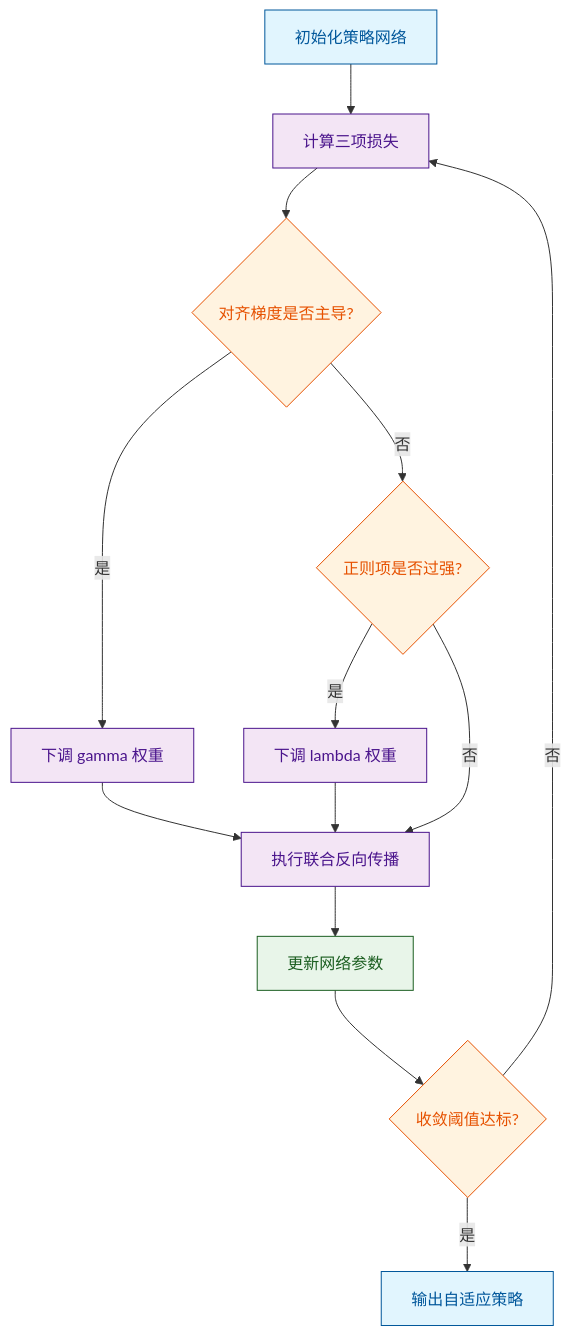
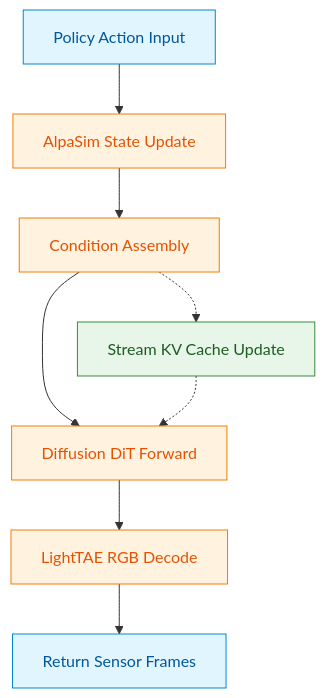
The fifth of 13 diagrams in person_vault/2026-06-12_OmniDreamsRealTimeGenerativeWorldModel_2606.03159/report.md (ShinewineW/paper-rolling), drawn with Mermaid before and after one commit. The commit also changed other lines of this file and 51 other files, not shown here.

````diff
--- a/person_vault/2026-06-12_OmniDreamsRealTimeGenerativeWorldModel_2606.03159/report.md
+++ b/person_vault/2026-06-12_OmniDreamsRealTimeGenerativeWorldModel_2606.03159/report.md
@@ -191,20 +346,18 @@
 ```mermaid
-flowchart TD
-    classDef start fill:#e1f5fe,stroke:#01579b,color:#01579b
-    classDef proc fill:#f3e5f5,stroke:#4a148c,color:#4a148c
-    classDef gate fill:#fff3e0,stroke:#e65100,color:#e65100
-    classDef data fill:#e8f5e9,stroke:#1b5e20,color:#1b5e20
+flowchart TB
+  classDef start fill:#e1f5fe,color:#01579b,stroke:#0288d1
+  classDef proc fill:#fff3e0,color:#e65100,stroke:#f57c00
+  classDef data fill:#e8f5e9,color:#1b5e20,stroke:#388e3c
 
-    init["初始化策略网络"]:::start --> compute_loss["计算三项损失"]:::proc
-    compute_loss --> check_align{对齐梯度是否主导?}:::gate
-    check_align -- 是 --> scale_align["下调 gamma 权重"]:::proc
-    check_align -- 否 --> check_reg{正则项是否过强?}:::gate
-    check_reg -- 是 --> scale_reg["下调 lambda 权重"]:::proc
-    check_reg -- 否 --> backprop["执行联合反向传播"]:::proc
-    scale_align --> backprop
-    scale_reg --> backprop
-    backprop --> update_params["更新网络参数"]:::data
-    update_params --> check_conv{收敛阈值达标?}:::gate
-    check_conv -- 否 --> compute_loss
-    check_conv -- 是 --> deploy["输出自适应策略"]:::start
+  client["Policy Action Input"]:::start
+  sim["AlpaSim State Update"]:::proc
+  cond["Condition Assembly"]:::proc
+  dit["Diffusion DiT Forward"]:::proc
+  dec["LightTAE RGB Decode"]:::proc
+  kv["Stream KV Cache Update"]:::data
+  out["Return Sensor Frames"]:::start
+
+  client --> sim --> cond --> dit --> dec --> out
+  cond -.-> kv
+  kv -.-> dit
 ```
````
